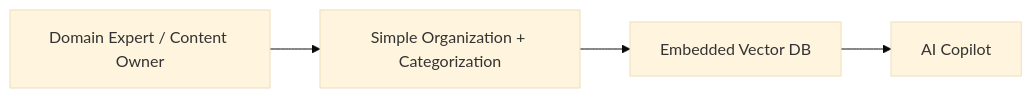
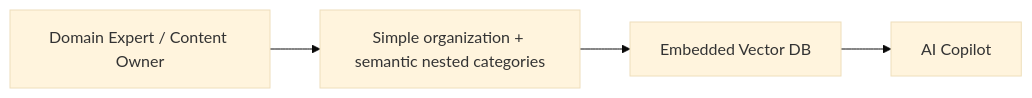
The fourth of 4 diagrams in src/docs-site/docs/fleet-learning.mdx (grecinto/sop), drawn with Mermaid (base theme) before and after one commit. The commit also changed other lines of this file and 8 other files, not shown here.

````diff
--- a/src/docs-site/docs/fleet-learning.mdx
+++ b/src/docs-site/docs/fleet-learning.mdx
@@ -142,6 +144,6 @@
 ```mermaid
 flowchart LR
-    A[Domain Expert / Content Owner] --> B[Simple Organization + Categorization]
+    A[Domain Expert / Content Owner] --> B[Simple organization + semantic nested categories]
     B --> C[Embedded Vector DB]
     C --> D[AI Copilot]
 ```
````
